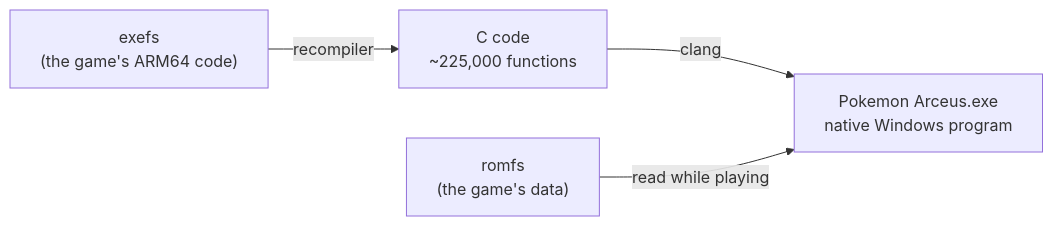
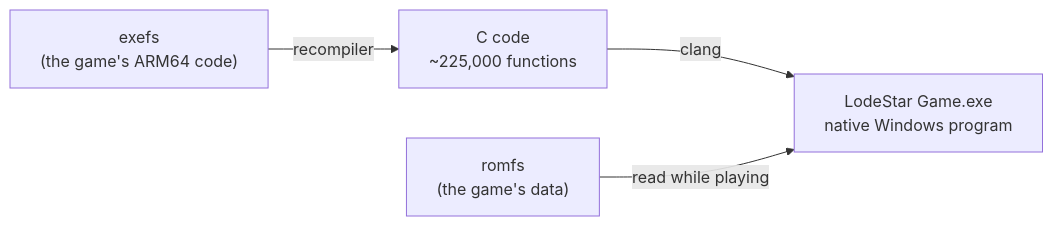
The second of 3 diagrams in docs/TUTORIAL.md (marcelkimo778-afk/LodeStar-Recomp), drawn with Mermaid before and after one commit. The commit also changed 17 other files, not shown here.

Commit message:
LodeStar 0.1.2

````diff
--- a/docs/TUTORIAL.md
+++ b/docs/TUTORIAL.md
@@ -29,6 +29,6 @@
 ```mermaid
 flowchart LR
     X["exefs<br/>(the game's ARM64 code)"] -->|recompiler| Y["C code<br/>~225,000 functions"]
-    Y -->|clang| Z["Pokemon Arceus.exe<br/>native Windows program"]
+    Y -->|clang| Z["LodeStar Game.exe<br/>native Windows program"]
     R["romfs<br/>(the game's data)"] -->|read while playing| Z
 ```
````
